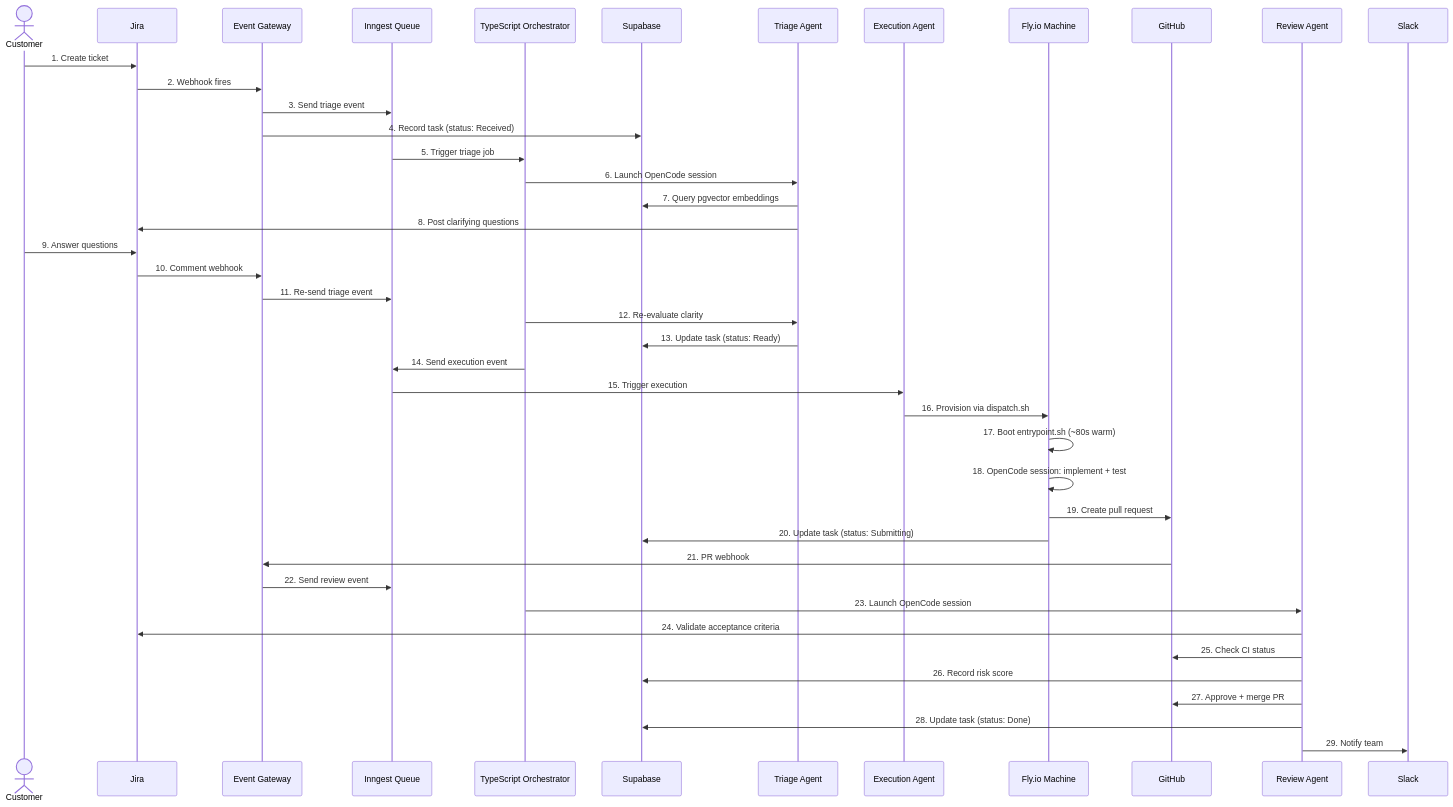
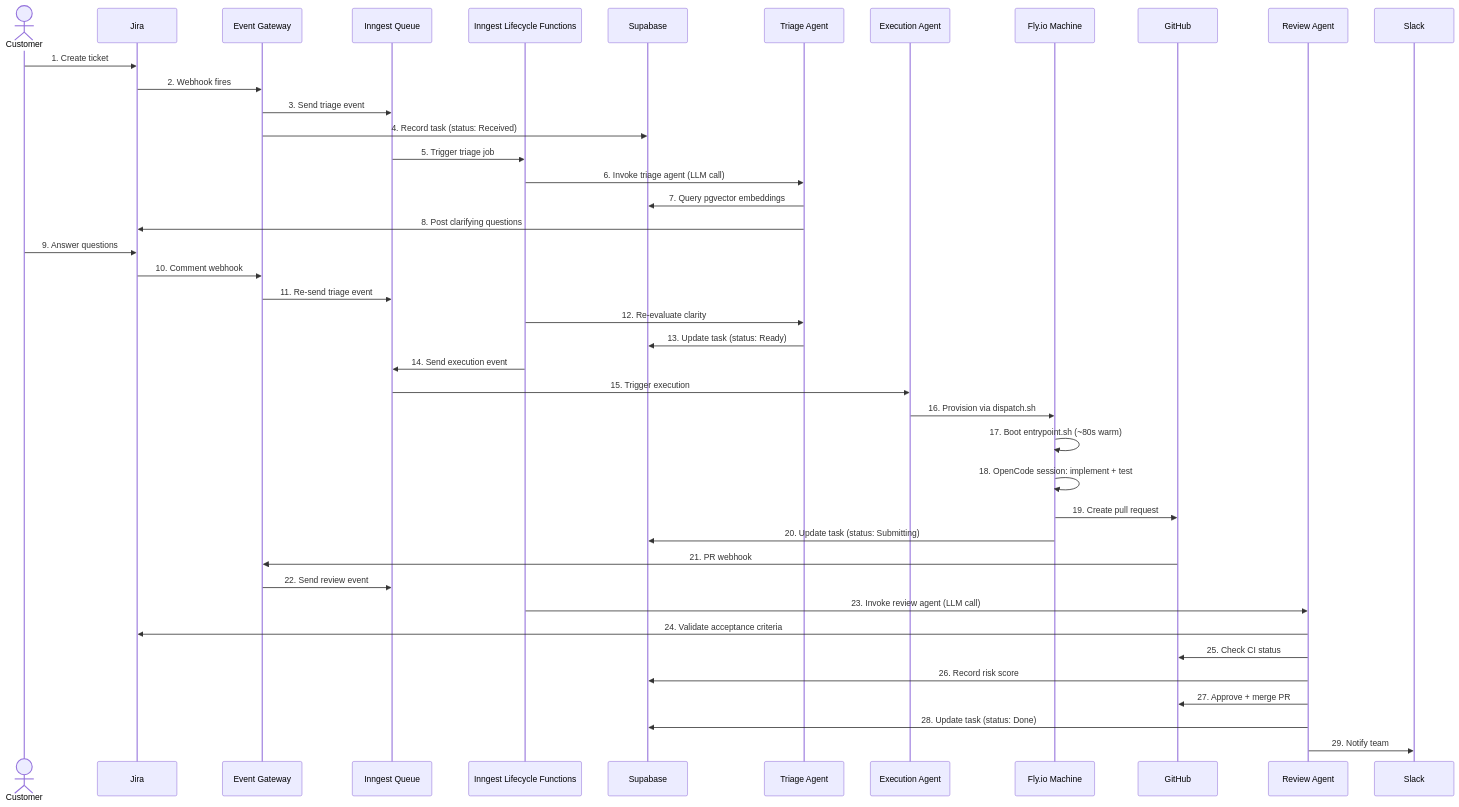
One commit to viiqswim/dozaldevs-ai-employee changed the tenth of 15 diagrams in docs/2026-03-22-2317-ai-employee-architecture.md. Above: the diagram before and after it, drawn with Mermaid. The commit also changed other lines of this file, not shown here.

First line of the commit message:
docs: clarify orchestrator as Inngest step functions

````diff
--- a/docs/2026-03-22-2317-ai-employee-architecture.md
+++ b/docs/2026-03-22-2317-ai-employee-architecture.md
@@ -981,45 +981,45 @@
 ```mermaid
 sequenceDiagram
     actor Customer
     participant Jira
     participant Gateway as Event Gateway
     participant Inngest as Inngest Queue
-    participant Orchestrator as TypeScript Orchestrator
+    participant Orchestrator as Inngest Lifecycle Functions
     participant Supabase
     participant TriageAgent as Triage Agent
     participant ExecAgent as Execution Agent
     participant FlyMachine as Fly.io Machine
     participant GitHub
     participant ReviewAgent as Review Agent
     participant Slack
 
     Customer->>Jira: 1. Create ticket
     Jira->>Gateway: 2. Webhook fires
     Gateway->>Inngest: 3. Send triage event
     Gateway->>Supabase: 4. Record task (status: Received)
     Inngest->>Orchestrator: 5. Trigger triage job
-    Orchestrator->>TriageAgent: 6. Launch OpenCode session
+    Orchestrator->>TriageAgent: 6. Invoke triage agent (LLM call)
     TriageAgent->>Supabase: 7. Query pgvector embeddings
     TriageAgent->>Jira: 8. Post clarifying questions
     Customer->>Jira: 9. Answer questions
     Jira->>Gateway: 10. Comment webhook
     Gateway->>Inngest: 11. Re-send triage event
     Orchestrator->>TriageAgent: 12. Re-evaluate clarity
     TriageAgent->>Supabase: 13. Update task (status: Ready)
     Orchestrator->>Inngest: 14. Send execution event
     Inngest->>ExecAgent: 15. Trigger execution
     ExecAgent->>FlyMachine: 16. Provision via dispatch.sh
     FlyMachine->>FlyMachine: 17. Boot entrypoint.sh (~80s warm)
     FlyMachine->>FlyMachine: 18. OpenCode session: implement + test
     FlyMachine->>GitHub: 19. Create pull request
     FlyMachine->>Supabase: 20. Update task (status: Submitting)
     GitHub->>Gateway: 21. PR webhook
     Gateway->>Inngest: 22. Send review event
-    Orchestrator->>ReviewAgent: 23. Launch OpenCode session
+    Orchestrator->>ReviewAgent: 23. Invoke review agent (LLM call)
     ReviewAgent->>Jira: 24. Validate acceptance criteria
     ReviewAgent->>GitHub: 25. Check CI status
     ReviewAgent->>Supabase: 26. Record risk score
     ReviewAgent->>GitHub: 27. Approve + merge PR
     ReviewAgent->>Supabase: 28. Update task (status: Done)
     ReviewAgent->>Slack: 29. Notify team
 ```
````
